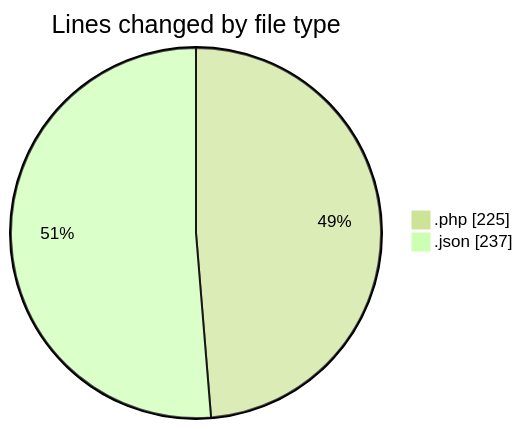
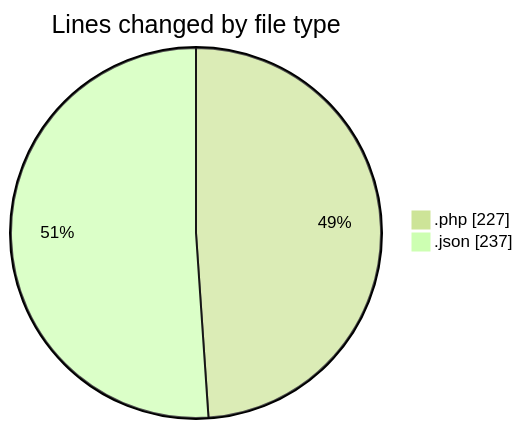
The first of 2 diagrams in 2025-06-02/studio-backend/README.md (idhammustaqopulfikri/code-tracking), drawn with Mermaid (forest theme) before and after one commit. The commit also changed other lines of this file and 1 other file, not shown here.

````diff
--- a/2025-06-02/studio-backend/README.md
+++ b/2025-06-02/studio-backend/README.md
@@ -25,6 +25,6 @@
 ```mermaid
 pie showData
 title Lines changed by file type
-".php" : 225
+".php" : 227
 ".json" : 237
 ```
````
